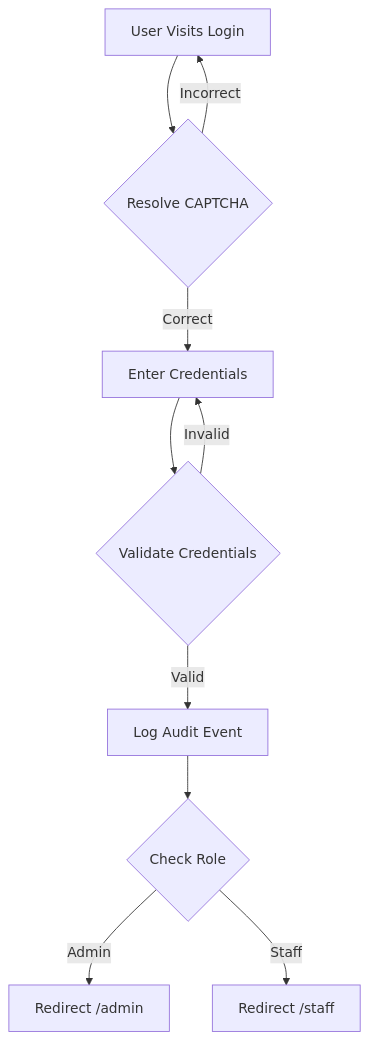
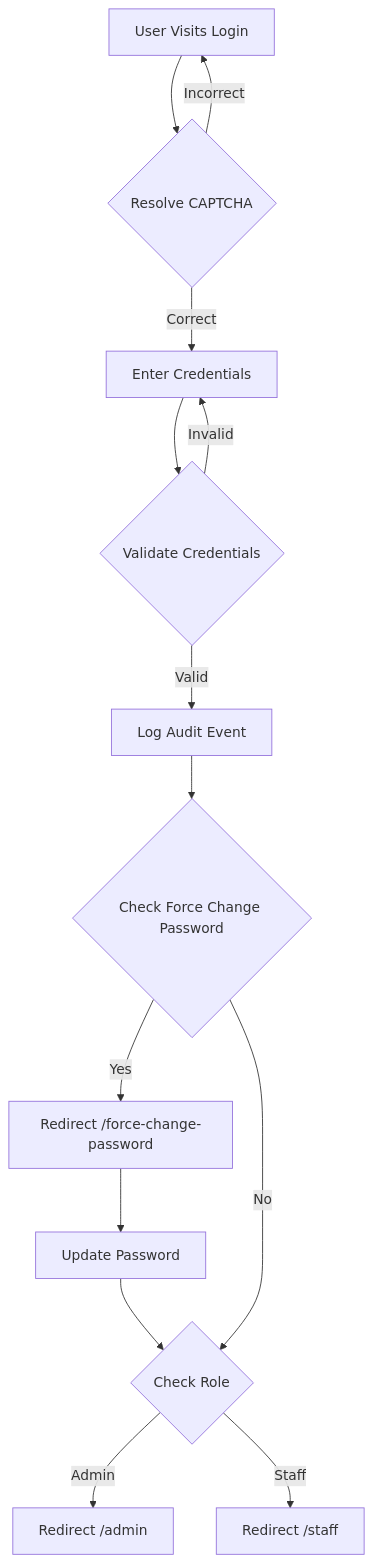
One commit to cdesqus/werk-app changed the first of 3 diagrams in DOCUMENTATION.md. Above: the diagram before and after it, drawn with Mermaid. The commit also changed other lines of this file and 2 other files, not shown here.

Commit message:
feat(admin): implement date range filter for presence logs

````diff
--- a/DOCUMENTATION.md
+++ b/DOCUMENTATION.md
@@ -52,12 +52,16 @@
 ```mermaid
 graph TD
     A[User Visits Login] --> B{Resolve CAPTCHA};
     B -- Incorrect --> A;
     B -- Correct --> C[Enter Credentials];
     C --> D{Validate Credentials};
     D -- Invalid --> C;
     D -- Valid --> E[Log Audit Event];
-    E --> F{Check Role};
-    F -- Admin --> G[Redirect /admin];
-    F -- Staff --> H[Redirect /staff];
+    E --> F{Check Force Change Password};
+    F -- Yes --> G[Redirect /force-change-password];
+    G --> H[Update Password];
+    H --> I{Check Role};
+    F -- No --> I;
+    I -- Admin --> J[Redirect /admin];
+    I -- Staff --> K[Redirect /staff];
 ```
````
